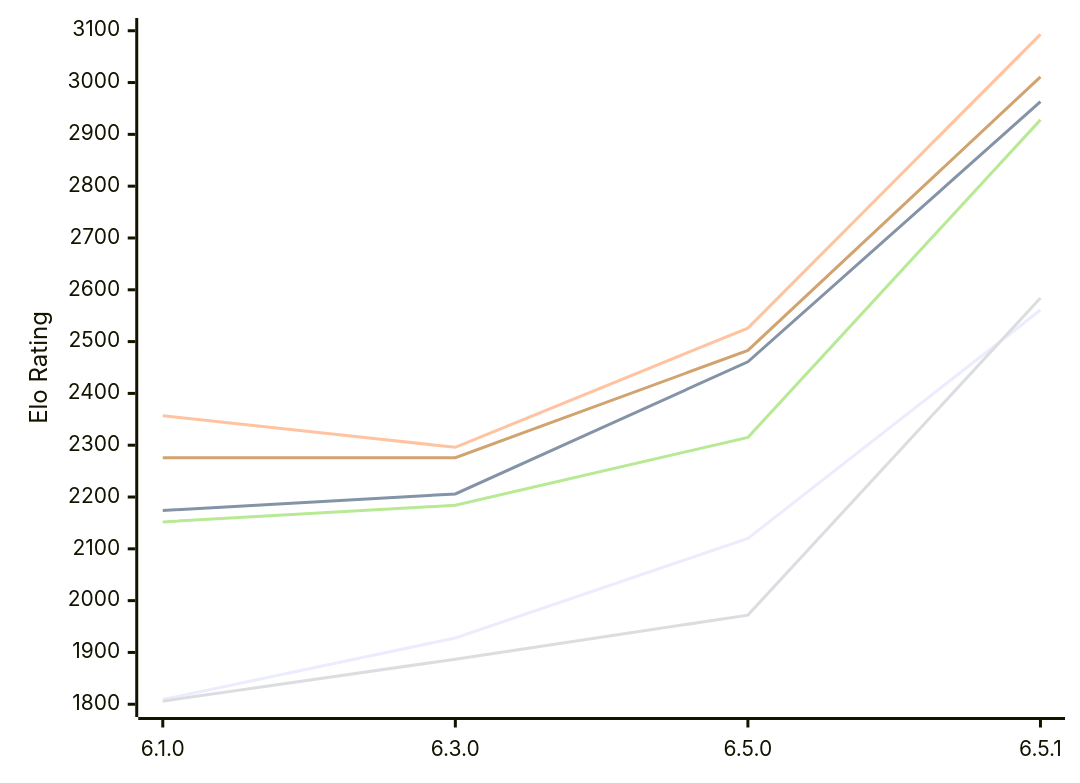
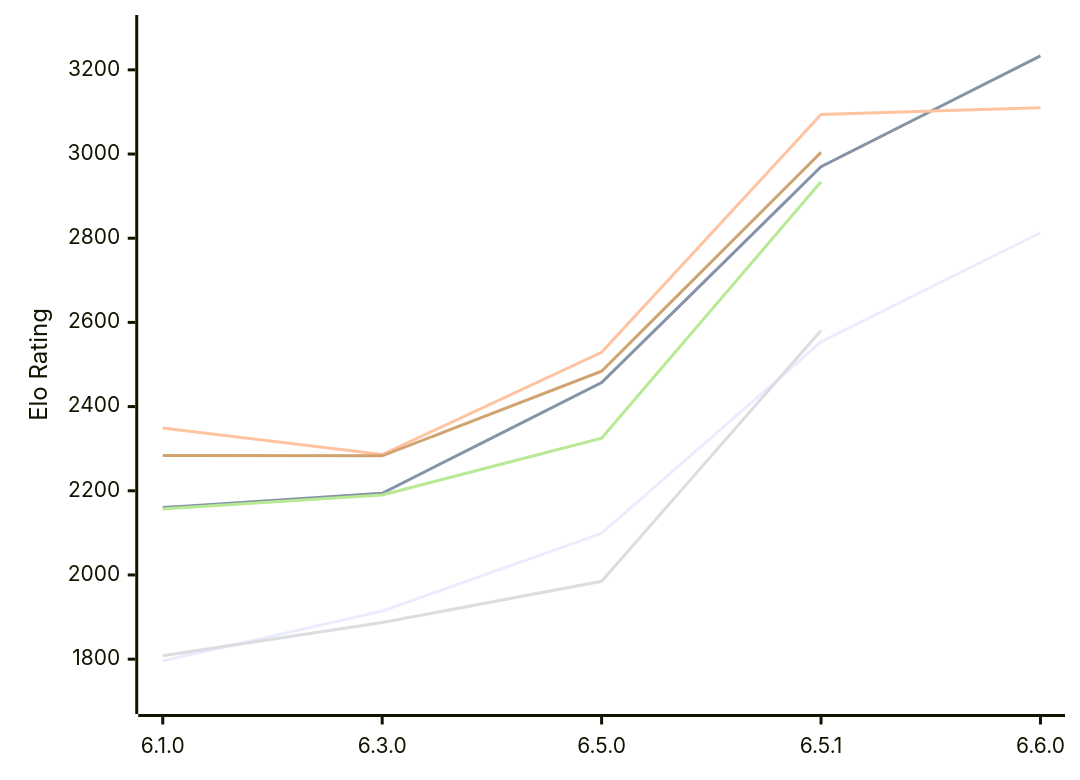
Before and after one commit to computer-chess-index/cci: the diagram in engines/Luminex.md, drawn with Mermaid. The commit also changed other lines of this file, not shown here.

Commit message:
Update CCI Ratings (ELO VLTC) - 2026-11-15

````diff
--- a/engines/Luminex.md
+++ b/engines/Luminex.md
@@ -53,12 +54,12 @@
 ```mermaid
 %%{init: {"theme":"base","themeVariables":{"seriesColors:['#a3a3a3','#222221','#faa371']}}}%%
 xychart-beta
-  x-axis ["6.1.0", "6.3.0", "6.5.0", "6.5.1"]
-  y-axis "Elo Rating" 1800 --> 3100
-  line "E1: STC (8.0+0.08s)" [1809, 1928, 2120, 2561]
-  line "E1: LTC (60.0+0.60s)" [2174, 2206, 2461, 2963]
-  line "E1: VLTC (2m24s+1.12s)" [2357, 2296, 2526, 3093]
-  line "P1: STC (8.0+0.08s)" [1806, 1887, 1972, 2584]
-  line "P1: LTC (60.0+0.60s)" [2152, 2184, 2315, 2928]
-  line "P1: VLTC (2m24s+1.12s)" [2276, 2276, 2483, 3011]
+  x-axis ["6.1.0", "6.3.0", "6.5.0", "6.5.1", "6.6.0"]
+  y-axis "Elo Rating" 1700 --> 3300
+  line "E1: STC (8.0+0.08s)" [1796, 1914, 2099, 2554, 2813]
+  line "E1: LTC (60.0+0.60s)" [2160, 2194, 2457, 2970, 3233]
+  line "E1: VLTC (2m24s+1.12s)" [2349, 2286, 2529, 3094, 3110]
+  line "P1: STC (8.0+0.08s)" [1808, 1887, 1985, 2581]
+  line "P1: LTC (60.0+0.60s)" [2157, 2190, 2325, 2934]
+  line "P1: VLTC (2m24s+1.12s)" [2284, 2283, 2484, 3004]
 ```
````
